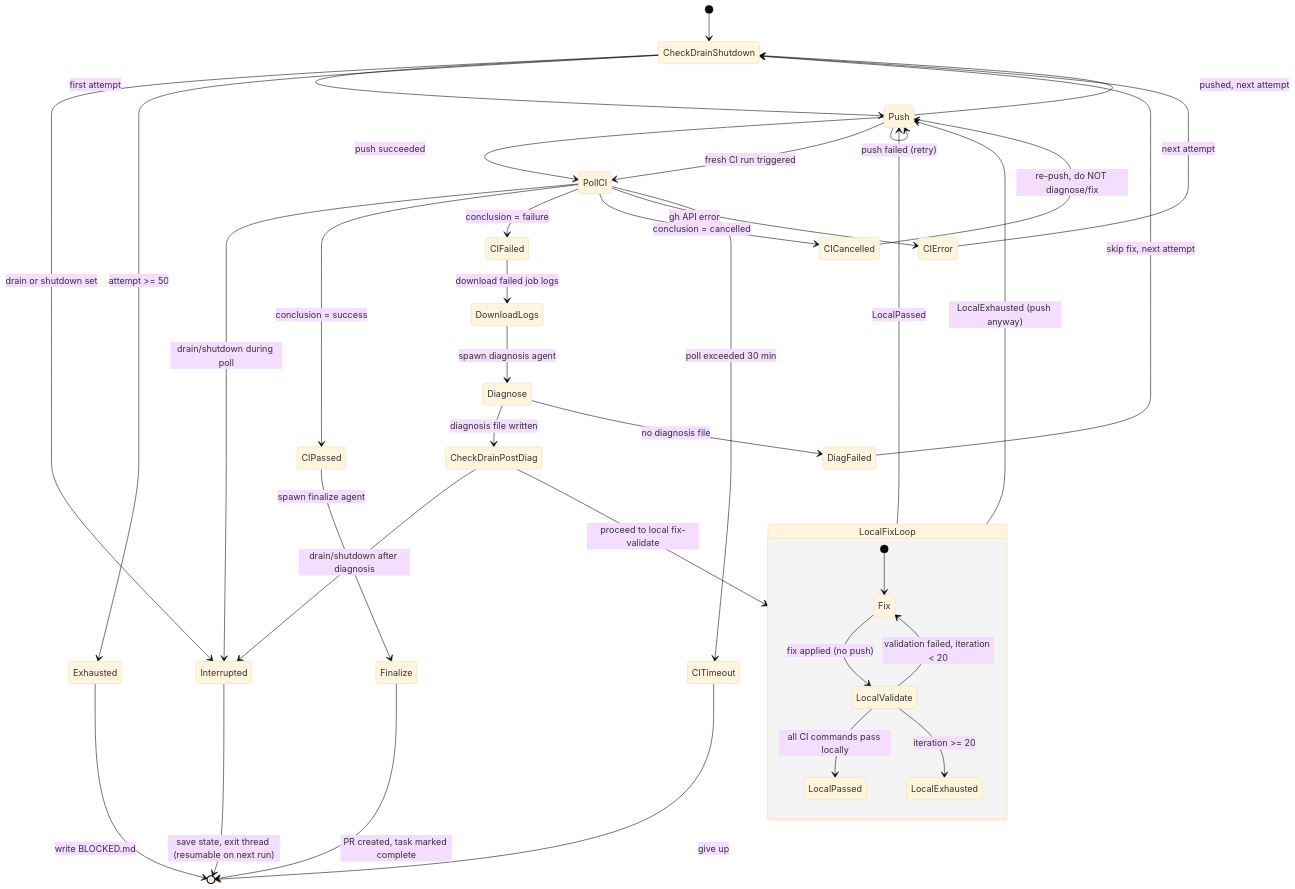
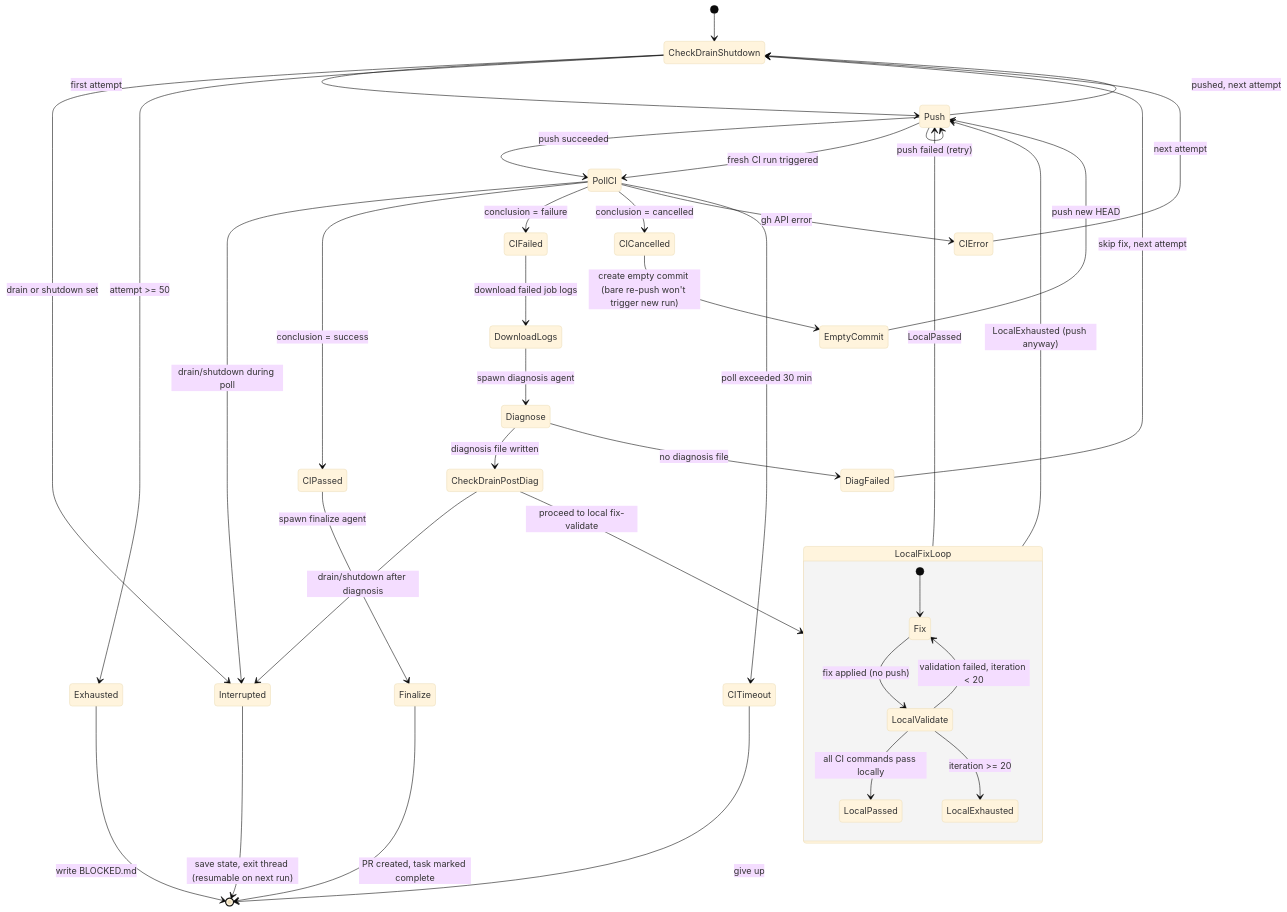
The fourth of 5 diagrams in .claude/skills/spec-kit/parallel-runner-state-machine.md (mmmaxwwwell/agent-framework), drawn with Mermaid (base theme) before and after one commit.

Commit message:
docs: update state machine diagram for empty commit on cancelled CI

````diff
--- a/.claude/skills/spec-kit/parallel-runner-state-machine.md
+++ b/.claude/skills/spec-kit/parallel-runner-state-machine.md
@@ -386,53 +386,54 @@
 ```mermaid
 stateDiagram-v2
     [*] --> CheckDrainShutdown
 
     CheckDrainShutdown --> Interrupted : drain or shutdown set
     CheckDrainShutdown --> Push : first attempt
 
     Push --> PollCI : push succeeded
     Push --> Push : push failed (retry)
 
     PollCI --> Interrupted : drain/shutdown during poll
     PollCI --> CIPassed : conclusion = success
     PollCI --> CIFailed : conclusion = failure
     PollCI --> CICancelled : conclusion = cancelled
     PollCI --> CIError : gh API error
     PollCI --> CITimeout : poll exceeded 30 min
 
     CIPassed --> Finalize : spawn finalize agent
     Finalize --> [*] : PR created, task marked complete
 
-    CICancelled --> Push : re-push, do NOT diagnose/fix
+    CICancelled --> EmptyCommit : create empty commit (bare re-push won't trigger new run)
+    EmptyCommit --> Push : push new HEAD
     Push --> PollCI : fresh CI run triggered
 
     CIFailed --> DownloadLogs : download failed job logs
     DownloadLogs --> Diagnose : spawn diagnosis agent
 
     Diagnose --> CheckDrainPostDiag : diagnosis file written
     Diagnose --> DiagFailed : no diagnosis file
     DiagFailed --> CheckDrainShutdown : skip fix, next attempt
 
     CheckDrainPostDiag --> Interrupted : drain/shutdown after diagnosis
     CheckDrainPostDiag --> LocalFixLoop : proceed to local fix-validate
 
     state LocalFixLoop {
         [*] --> Fix
         Fix --> LocalValidate : fix applied (no push)
         LocalValidate --> LocalPassed : all CI commands pass locally
         LocalValidate --> Fix : validation failed, iteration < 20
         LocalValidate --> LocalExhausted : iteration >= 20
     }
 
     LocalFixLoop --> Push : LocalPassed
     LocalFixLoop --> Push : LocalExhausted (push anyway)
     Push --> CheckDrainShutdown : pushed, next attempt
 
     CIError --> CheckDrainShutdown : next attempt
     CITimeout --> [*] : give up
 
     CheckDrainShutdown --> Exhausted : attempt >= 50
     Exhausted --> [*] : write BLOCKED.md
 
     Interrupted --> [*] : save state, exit thread (resumable on next run)
 ```
````
